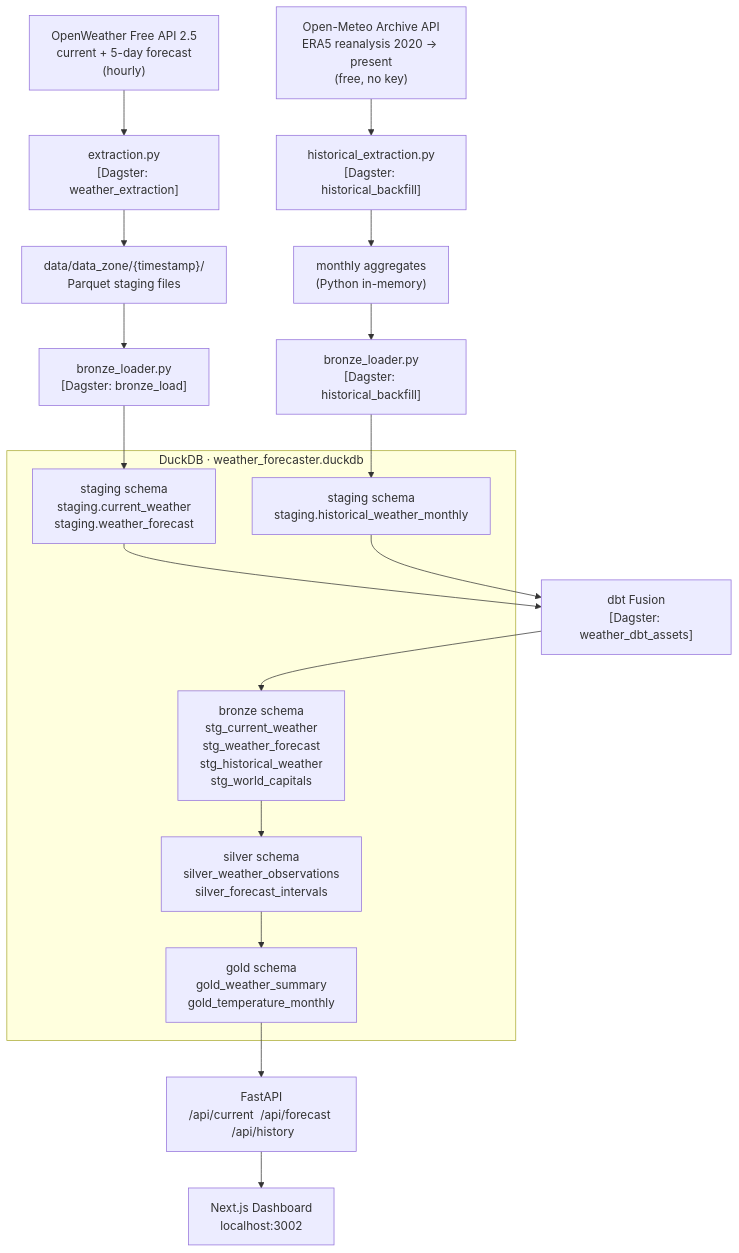
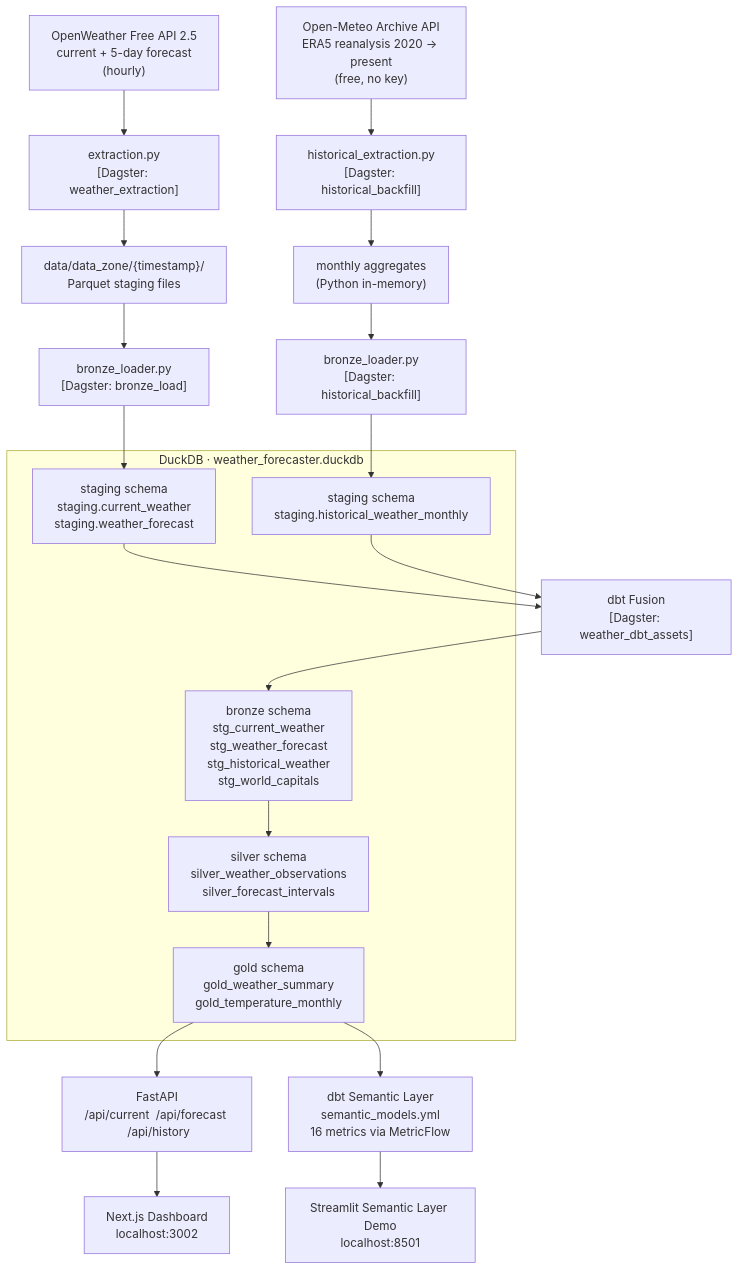
One commit to FredGH/ProjectPortfolio_3.0 changed the diagram in weather_forecaster/README.md. Above: the diagram before and after it, drawn with Mermaid. The commit also changed other lines of this file and 10 other files, not shown here.

Commit message:
addition of the semantic layer

````diff
--- a/weather_forecaster/README.md
+++ b/weather_forecaster/README.md
@@ -9,34 +9,37 @@
 ```mermaid
 flowchart TD
     OW["OpenWeather Free API 2.5\ncurrent + 5-day forecast\n(hourly)"]
     OM["Open-Meteo Archive API\nERA5 reanalysis 2020 → present\n(free, no key)"]
 
     EXT["extraction.py\n[Dagster: weather_extraction]"]
     HIST["historical_extraction.py\n[Dagster: historical_backfill]"]
 
     ZONE["data/data_zone/{timestamp}/\nParquet staging files"]
     AGG["monthly aggregates\n(Python in-memory)"]
 
     BL["bronze_loader.py\n[Dagster: bronze_load]"]
     BLH["bronze_loader.py\n[Dagster: historical_backfill]"]
 
     subgraph DuckDB["DuckDB  ·  weather_forecaster.duckdb"]
         STAG["staging schema\nstaging.current_weather\nstaging.weather_forecast"]
         STAGH["staging schema\nstaging.historical_weather_monthly"]
         BR["bronze schema\nstg_current_weather\nstg_weather_forecast\nstg_historical_weather\nstg_world_capitals"]
         SIL["silver schema\nsilver_weather_observations\nsilver_forecast_intervals"]
         GOLD["gold schema\ngold_weather_summary\ngold_temperature_monthly"]
     end
 
     DBT["dbt Fusion\n[Dagster: weather_dbt_assets]"]
+    SL["dbt Semantic Layer\nsemantic_models.yml\n16 metrics via MetricFlow"]
 
     API["FastAPI\n/api/current  /api/forecast  /api/history"]
     DASH["Next.js Dashboard\nlocalhost:3002"]
+    SLIM["Streamlit Semantic Layer Demo\nlocalhost:8501"]
 
     OW --> EXT --> ZONE --> BL --> STAG
     OM --> HIST --> AGG --> BLH --> STAGH
     STAG --> DBT
     STAGH --> DBT
     DBT --> BR --> SIL --> GOLD
     GOLD --> API --> DASH
+    GOLD --> SL --> SLIM
 ```
````
